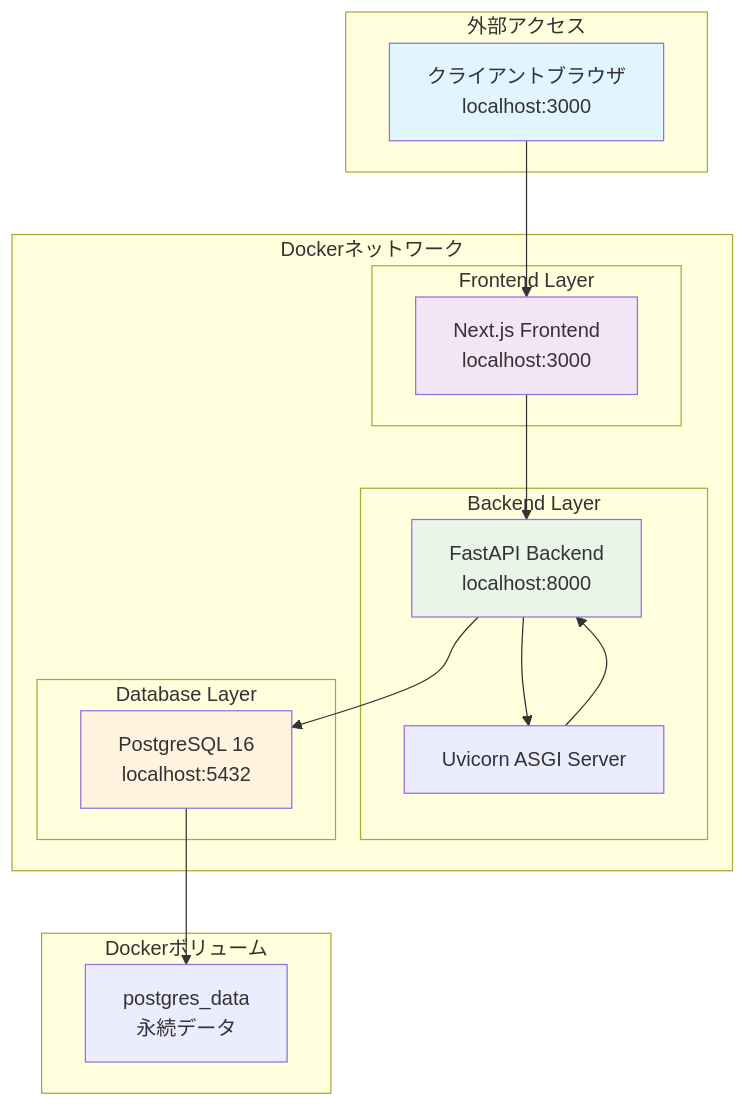
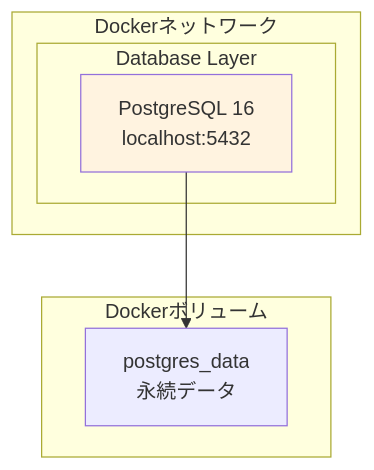
Before and after one commit to ss8806/Todos: the second of 8 diagrams in .qoder/repowiki/ja/content/Dockerコンテナ化.md, drawn with Mermaid. The commit also changed other lines of this file and 6 other files, not shown here.

````diff
--- a/.qoder/repowiki/ja/content/Dockerコンテナ化.md
+++ b/.qoder/repowiki/ja/content/Dockerコンテナ化.md
@@ -95,31 +76,13 @@
 ```mermaid
 graph TB
-subgraph "外部アクセス"
-CLIENT["クライアントブラウザ<br/>localhost:3000"]
-end
 subgraph "Dockerネットワーク"
-subgraph "Frontend Layer"
-NEXT["Next.js Frontend<br/>localhost:3000"]
-end
-subgraph "Backend Layer"
-API["FastAPI Backend<br/>localhost:8000"]
-UVICORN["Uvicorn ASGI Server"]
-end
 subgraph "Database Layer"
 PG["PostgreSQL 16<br/>localhost:5432"]
 end
 end
 subgraph "Dockerボリューム"
 DATA["postgres_data<br/>永続データ"]
 end
-CLIENT --> NEXT
-NEXT --> API
-API --> UVICORN
-UVICORN --> API
-API --> PG
 PG --> DATA
-style CLIENT fill:#e1f5fe
-style NEXT fill:#f3e5f5
-style API fill:#e8f5e8
 style PG fill:#fff3e0
 ```
````
